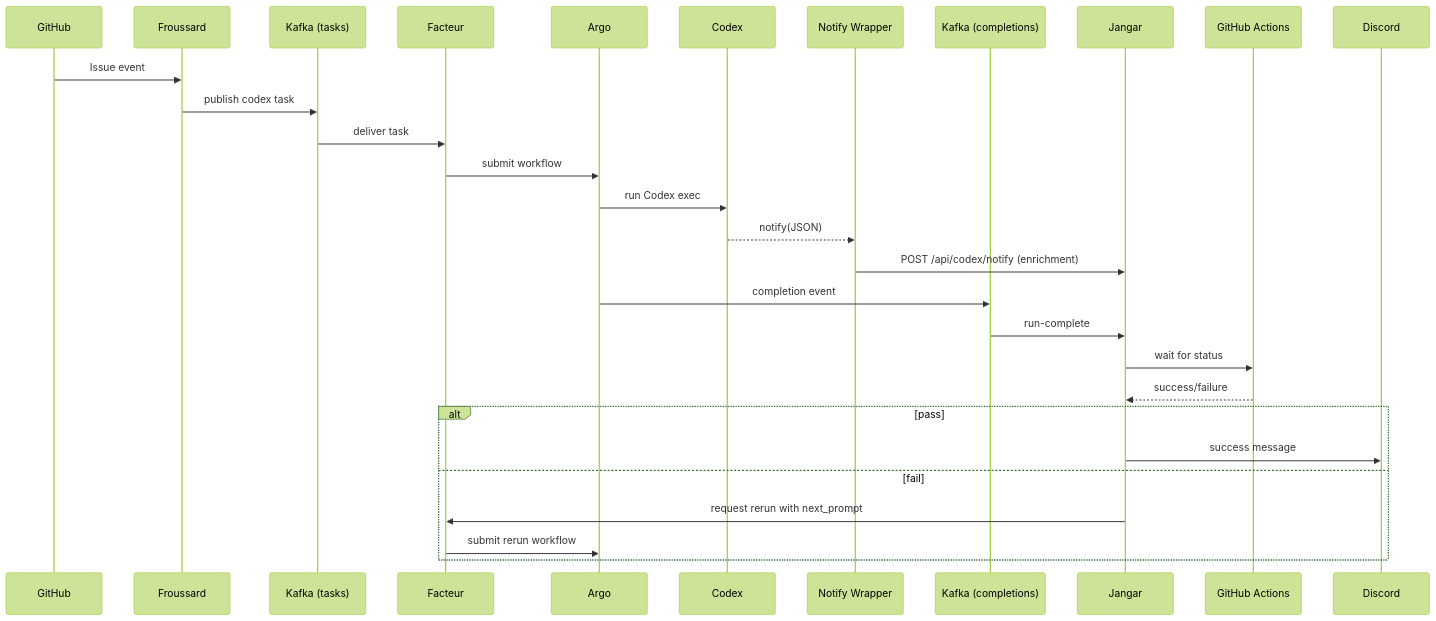
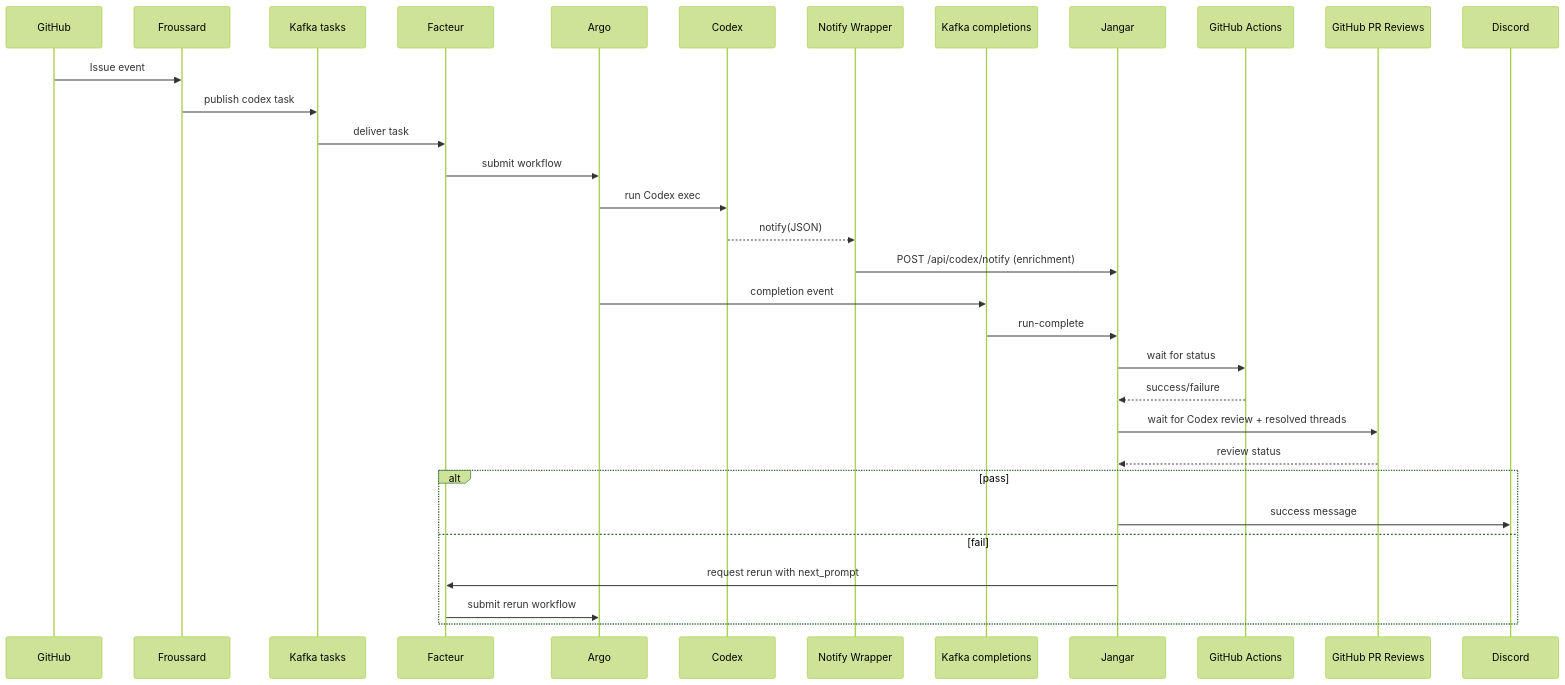
The second of 3 diagrams in docs/jangar/codex-judge-argo-design.md (proompteng/lab), drawn with Mermaid (forest theme) before and after one commit. The commit also changed other lines of this file and 1 other file, not shown here.

Commit message:
docs(jangar): finalize codex judge design

````diff
--- a/docs/jangar/codex-judge-argo-design.md
+++ b/docs/jangar/codex-judge-argo-design.md
@@ -93,32 +97,35 @@
 ```mermaid
 sequenceDiagram
   participant GH as GitHub
   participant FR as Froussard
-  participant KT as Kafka (tasks)
+  participant KT as Kafka tasks
   participant F as Facteur
   participant A as Argo
   participant C as Codex
   participant W as Notify Wrapper
-  participant KC as Kafka (completions)
+  participant KC as Kafka completions
   participant J as Jangar
   participant CI as GitHub Actions
+  participant PR as GitHub PR Reviews
   participant D as Discord
 
   GH->>FR: Issue event
   FR->>KT: publish codex task
   KT->>F: deliver task
   F->>A: submit workflow
   A->>C: run Codex exec
   C-->>W: notify(JSON)
   W->>J: POST /api/codex/notify (enrichment)
   A->>KC: completion event
   KC->>J: run-complete
   J->>CI: wait for status
   CI-->>J: success/failure
+  J->>PR: wait for Codex review + resolved threads
+  PR-->>J: review status
   alt pass
     J->>D: success message
   else fail
     J->>F: request rerun with next_prompt
     F->>A: submit rerun workflow
   end
 ```
````
